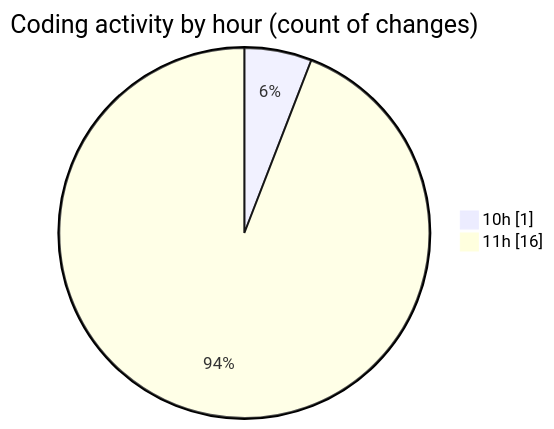
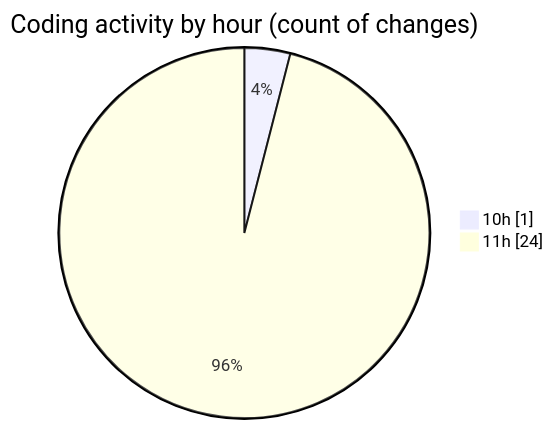
Before and after one commit to nxtqubesakshisongat/code-tracking: the second of 2 diagrams in 2025-08-03/nxtqube_webapp/README.md, drawn with Mermaid. The commit also changed other lines of this file and 1 other file, not shown here.

````diff
--- a/2025-08-03/nxtqube_webapp/README.md
+++ b/2025-08-03/nxtqube_webapp/README.md
@@ -33,6 +33,6 @@
 ```mermaid
 pie showData
 title Coding activity by hour (count of changes)
 "10h" : 1
-"11h" : 16
+"11h" : 24
 ```
````
